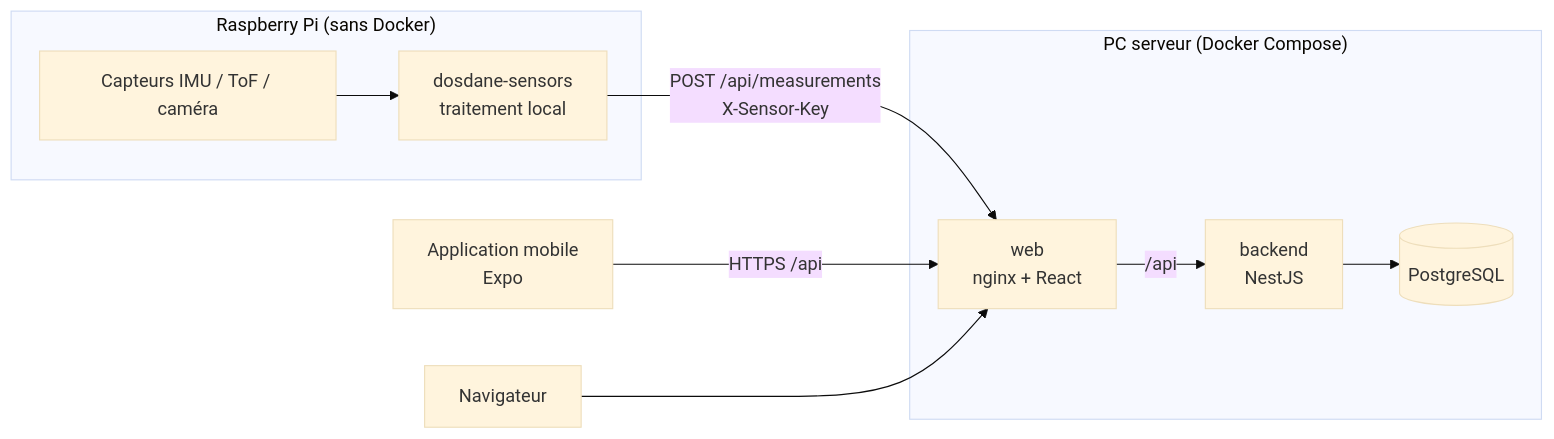
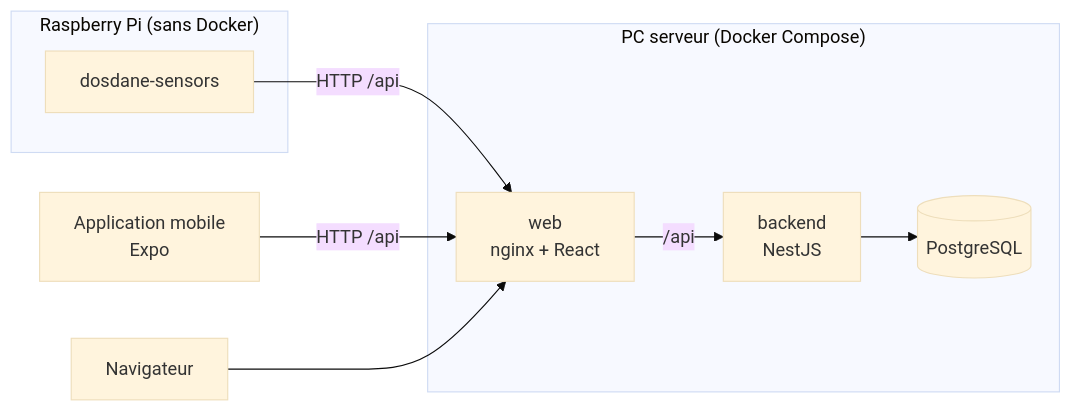
One commit to JUC0AG0G0/dos-d-ane changed the diagram in docs/architecture.md. Above: the diagram before and after it, drawn with Mermaid (base theme). The commit also changed other lines of this file and 78 other files, not shown here.

````diff
--- a/docs/architecture.md
+++ b/docs/architecture.md
@@ -5,13 +5,13 @@
 ```mermaid
 flowchart LR
   subgraph RPi["Raspberry Pi (sans Docker)"]
-    S[Capteurs IMU / ToF / caméra] --> P[dosdane-sensors<br/>traitement local]
+    P[dosdane-sensors]
   end
   subgraph Serveur["PC serveur (Docker Compose)"]
     W[web<br/>nginx + React] -->|/api| B[backend<br/>NestJS]
     B --> D[(PostgreSQL)]
   end
-  P -->|POST /api/measurements<br/>X-Sensor-Key| W
-  M[Application mobile<br/>Expo] -->|HTTPS /api| W
+  P -->|HTTP /api| W
+  M[Application mobile<br/>Expo] -->|HTTP /api| W
   U[Navigateur] --> W
 ```
````
